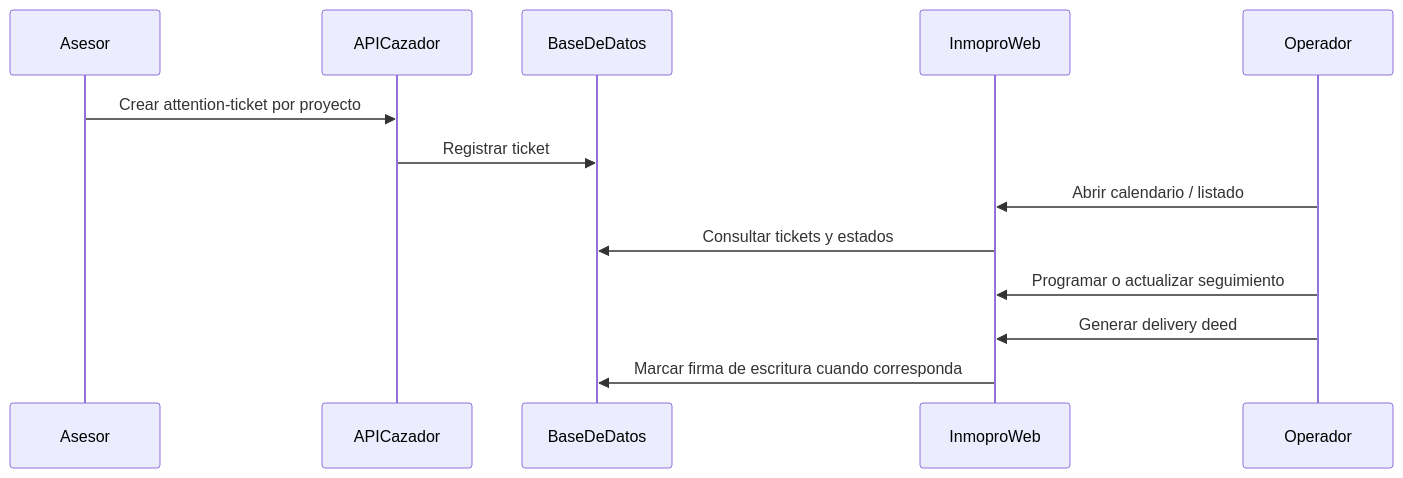
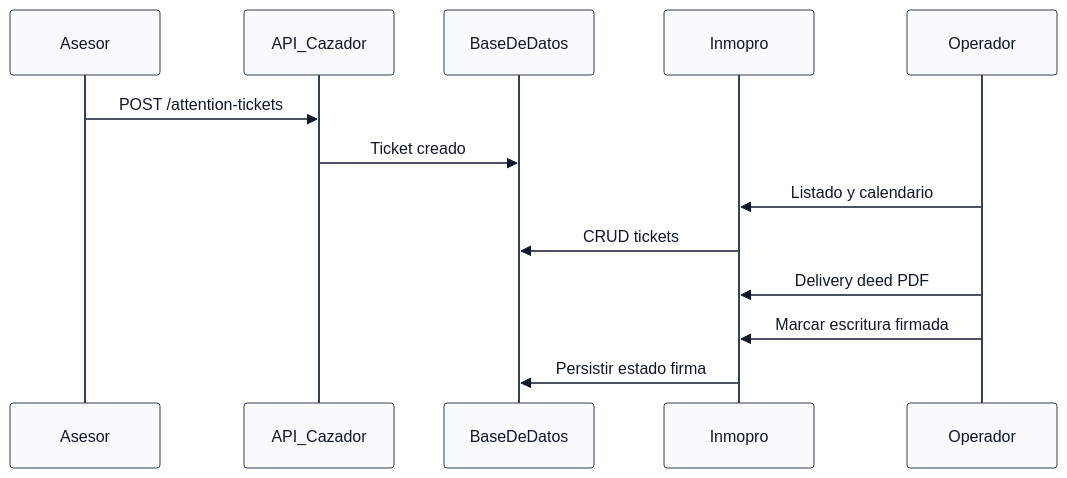
One commit to abitae/crm_lotes changed diagram 12 of 20 in docs/GRAFICO_PROCESOS_SISTEMA.md. Above: the diagram before and after it, drawn with Mermaid. The commit also changed other lines of this file and 54 other files, not shown here.

````diff
--- a/docs/GRAFICO_PROCESOS_SISTEMA.md
+++ b/docs/GRAFICO_PROCESOS_SISTEMA.md
@@ -268,16 +300,17 @@
 ```mermaid
+%%{init: {'theme':'base', 'themeVariables': {'primaryColor':'#ecfdf5','primaryTextColor':'#0f172a','primaryBorderColor':'#059669','lineColor':'#64748b','actorBkg':'#f8fafc','actorBorder':'#334155'}}}%%
 sequenceDiagram
     participant seller as Asesor
-    participant api as APICazador
+    participant api as API_Cazador
     participant db as BaseDeDatos
-    participant web as InmoproWeb
+    participant web as Inmopro
     participant staff as Operador
 
-    seller->>api: Crear attention-ticket por proyecto
-    api->>db: Registrar ticket
-    staff->>web: Abrir calendario / listado
-    web->>db: Consultar tickets y estados
-    staff->>web: Programar o actualizar seguimiento
-    staff->>web: Generar delivery deed
-    web->>db: Marcar firma de escritura cuando corresponda
+    seller->>api: POST /attention-tickets
+    api->>db: Ticket creado
+    staff->>web: Listado y calendario
+    web->>db: CRUD tickets
+    staff->>web: Delivery deed PDF
+    staff->>web: Marcar escritura firmada
+    web->>db: Persistir estado firma
 ```
````
